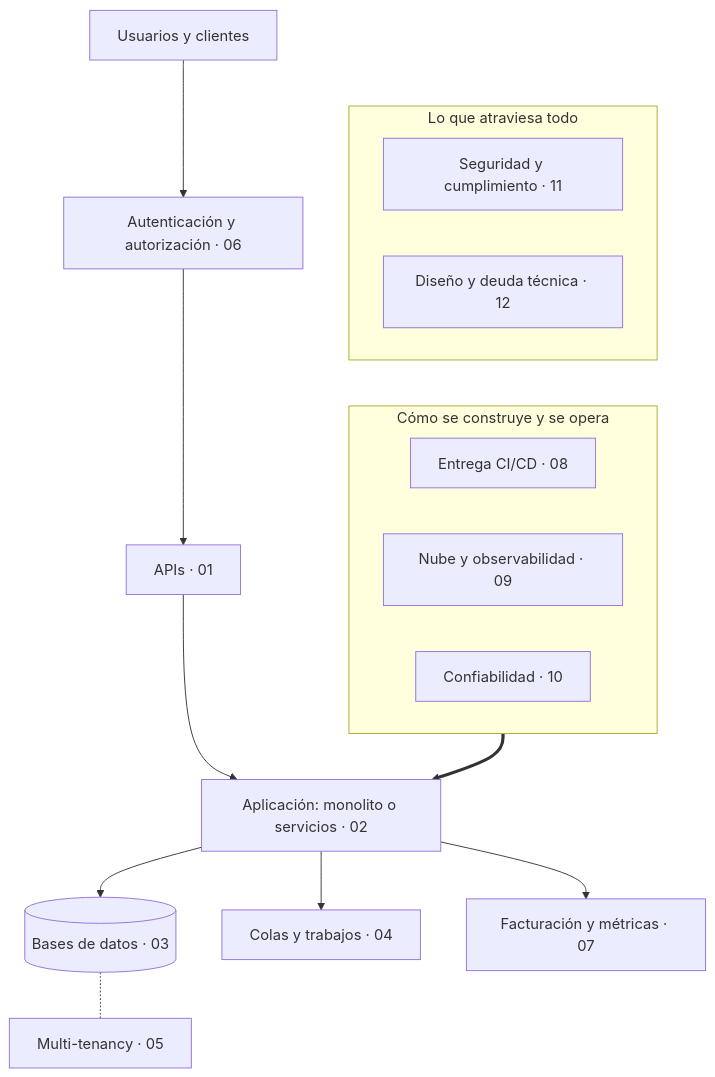
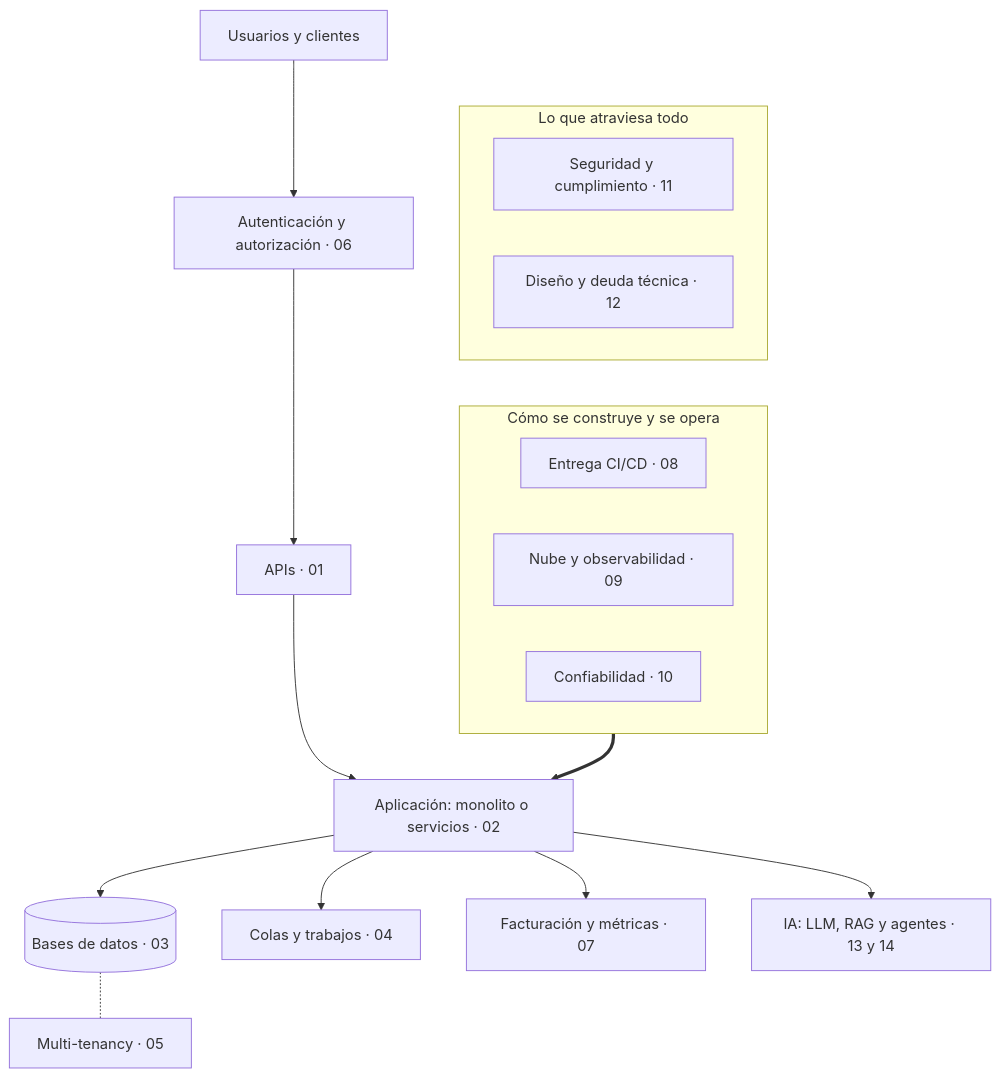
One commit to andresga79/saas-para-scrum-masters changed the diagram in content/00-inicio.md. Above: the diagram before and after it, drawn with Mermaid. The commit also changed other lines of this file and 4 other files, not shown here.

````diff
--- a/content/00-inicio.md
+++ b/content/00-inicio.md
@@ -11,26 +11,27 @@
 ```mermaid
 flowchart TB
     U["Usuarios y clientes"] --> AUTH["Autenticación y autorización · 06"]
     AUTH --> API["APIs · 01"]
     API --> APP["Aplicación: monolito o servicios · 02"]
     APP --> DB[("Bases de datos · 03")]
     APP --> Q["Colas y trabajos · 04"]
     APP --> BILL["Facturación y métricas · 07"]
     DB -.- MT["Multi-tenancy · 05"]
+    APP --> AI["IA: LLM, RAG y agentes · 13 y 14"]
 
     subgraph PLATAFORMA["Cómo se construye y se opera"]
         direction LR
         CICD["Entrega CI/CD · 08"]
         CLOUD["Nube y observabilidad · 09"]
         REL["Confiabilidad · 10"]
     end
 
     subgraph TRANSVERSAL["Lo que atraviesa todo"]
         direction LR
         SEC["Seguridad y cumplimiento · 11"]
         DES["Diseño y deuda técnica · 12"]
     end
 
     PLATAFORMA ==> APP
     TRANSVERSAL ~~~ PLATAFORMA
 ```
````
